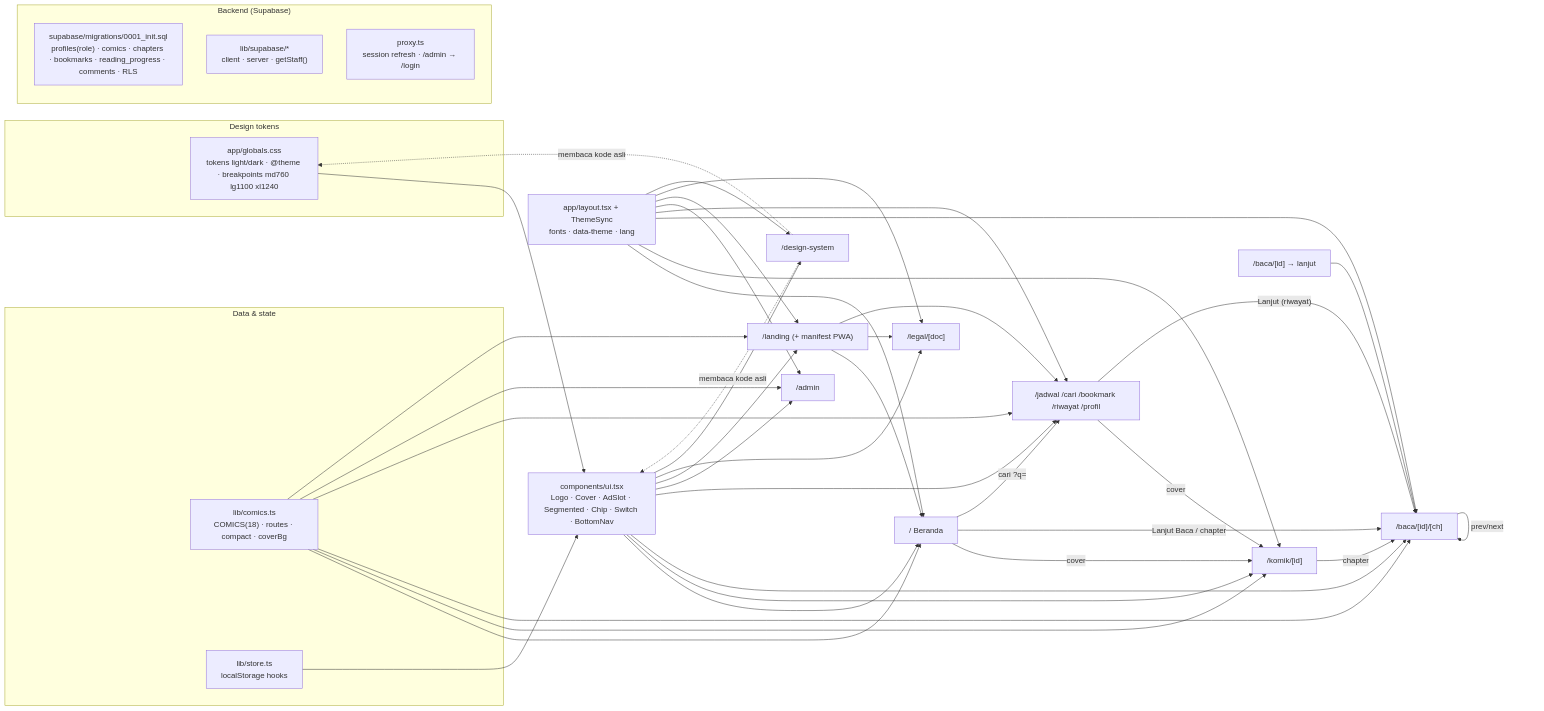
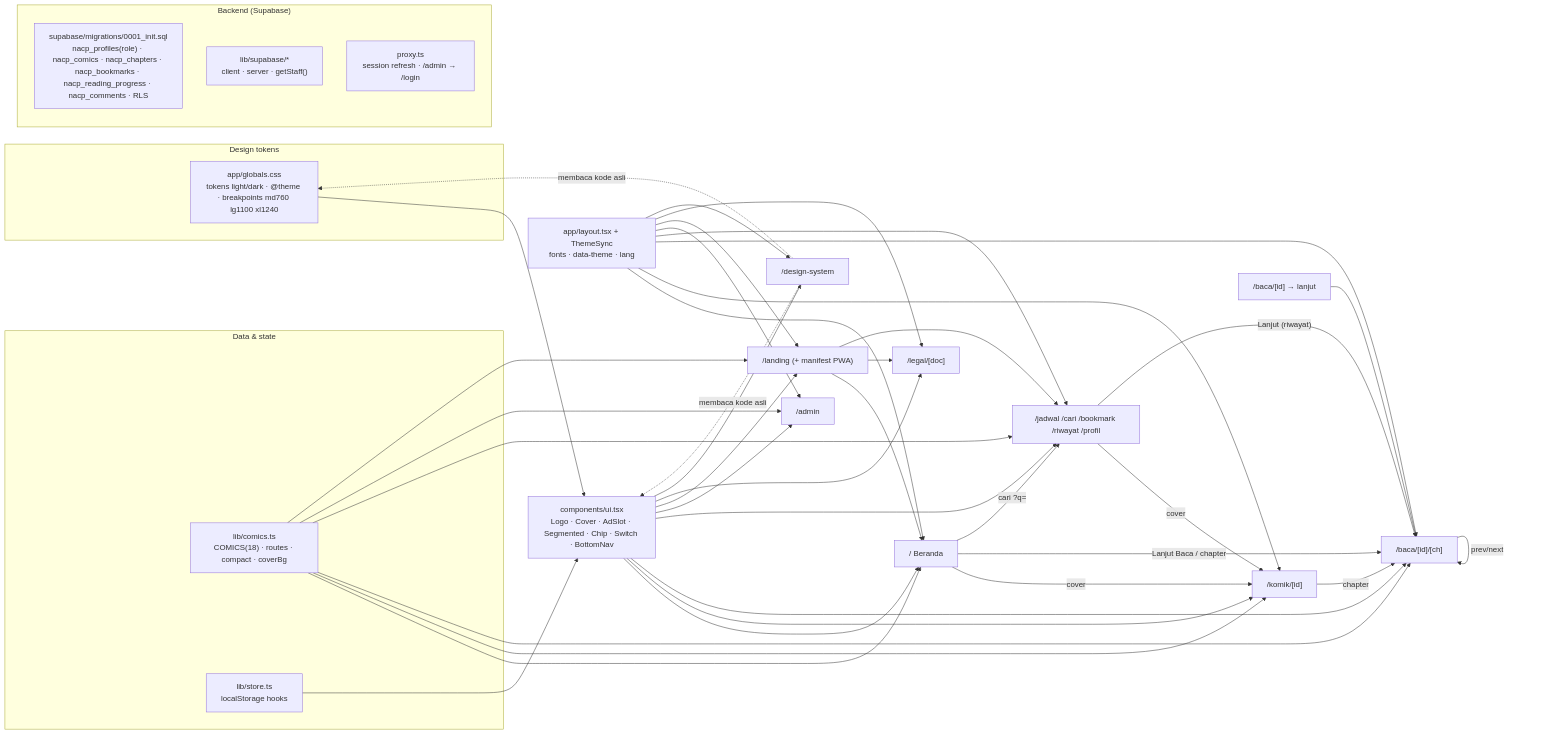
One commit to manusiaz/webkomik changed the diagram in docs/knowledge-graph.md. Above: the diagram before and after it, drawn with Mermaid. The commit also changed other lines of this file and 5 other files, not shown here.

````diff
--- a/docs/knowledge-graph.md
+++ b/docs/knowledge-graph.md
@@ -5,43 +5,43 @@
 ```mermaid
 graph LR
   subgraph Design["Design tokens"]
     CSS["app/globals.css<br/>tokens light/dark · @theme · breakpoints md760 lg1100 xl1240"]
   end
   subgraph Data["Data & state"]
     COMICS["lib/comics.ts<br/>COMICS(18) · routes · compact · coverBg"]
     STORE["lib/store.ts<br/>localStorage hooks"]
   end
   subgraph Backend["Backend (Supabase)"]
-    DB["supabase/migrations/0001_init.sql<br/>profiles(role) · comics · chapters · bookmarks · reading_progress · comments · RLS"]
+    DB["supabase/migrations/0001_init.sql<br/>nacp_profiles(role) · nacp_comics · nacp_chapters · nacp_bookmarks · nacp_reading_progress · nacp_comments · RLS"]
     SB["lib/supabase/*<br/>client · server · getStaff()"]
     PROXY["proxy.ts<br/>session refresh · /admin → /login"]
   end
   UI["components/ui.tsx<br/>Logo · Cover · AdSlot · Segmented · Chip · Switch · BottomNav"]
   LAYOUT["app/layout.tsx + ThemeSync<br/>fonts · data-theme · lang"]
 
   HOME["/ Beranda"]
   DETAIL["/komik/[id]"]
   READER["/baca/[id]/[ch]"]
   RESUME["/baca/[id] → lanjut"]
   HAL["/jadwal /cari /bookmark /riwayat /profil"]
   ADMIN["/admin"]
   LAND["/landing (+ manifest PWA)"]
   LEGAL["/legal/[doc]"]
   DS["/design-system"]
 
   CSS --> UI --> HOME & DETAIL & READER & HAL & ADMIN & LAND & LEGAL & DS
   COMICS --> HOME & DETAIL & READER & HAL & ADMIN & LAND
   STORE --> UI
   LAYOUT --> HOME & DETAIL & READER & HAL & ADMIN & LAND & LEGAL & DS
 
   HOME -- cover --> DETAIL
   HOME -- "Lanjut Baca / chapter" --> READER
   HOME -- "cari ?q=" --> HAL
   DETAIL -- chapter --> READER
   READER -- prev/next --> READER
   RESUME --> READER
   HAL -- cover --> DETAIL
   HAL -- "Lanjut (riwayat)" --> READER
   LAND --> HOME & LEGAL & HAL
   DS -. "membaca kode asli" .-> CSS & UI
 ```
````
